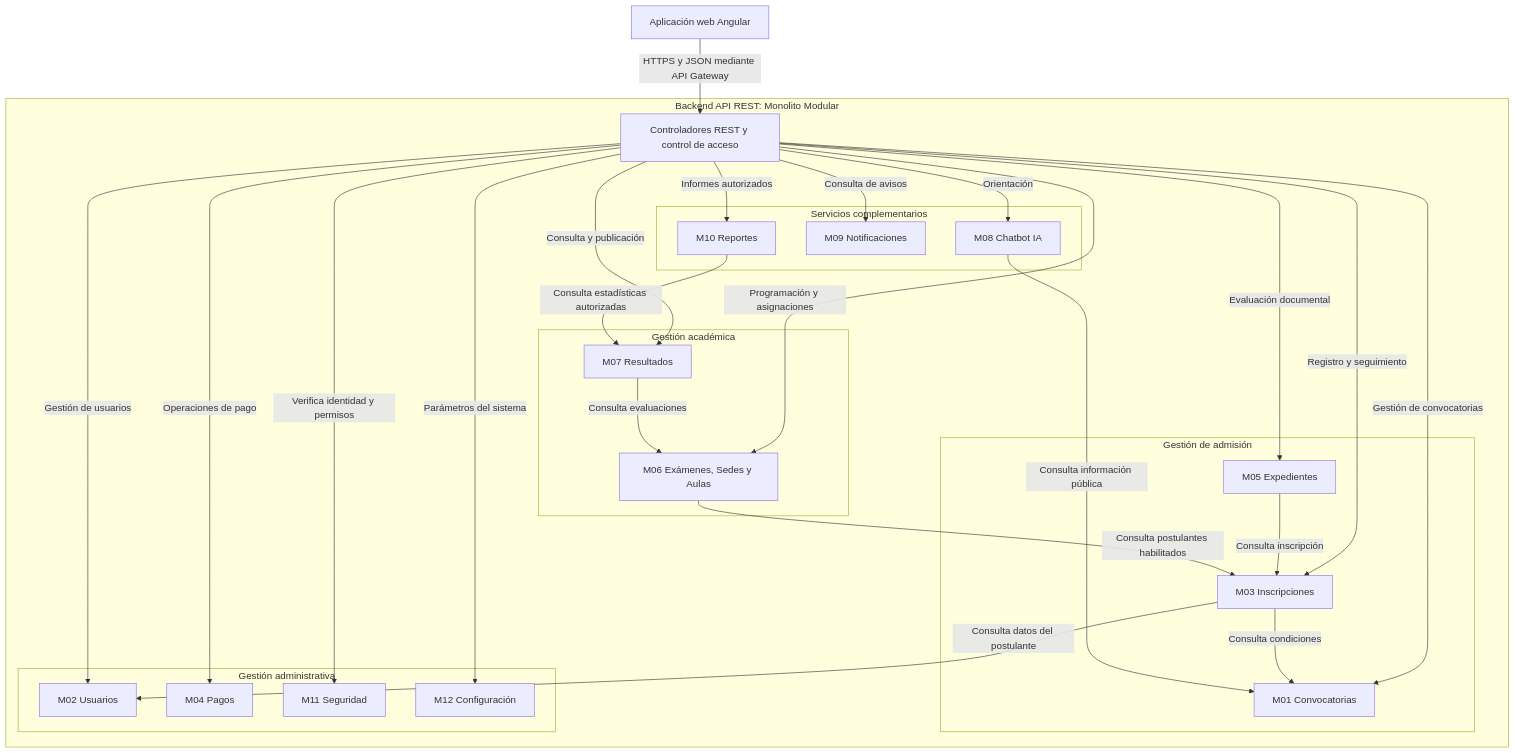
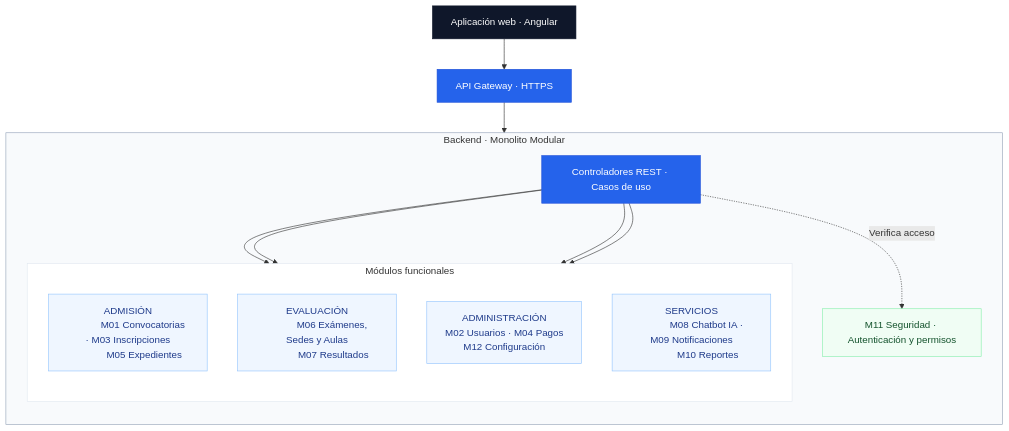
The first of 2 diagrams in docs/04-modelo-c4/Nivel3-Diagrama-de-Componentes.md (DiegoCoras06/ENTREGABLE-01-PROPUESTA-INICIAL-DEL-PROYECTO), drawn with Mermaid before and after one commit. The commit also changed other lines of this file and 4 other files, not shown here.

````diff
--- a/docs/04-modelo-c4/Nivel3-Diagrama-de-Componentes.md
+++ b/docs/04-modelo-c4/Nivel3-Diagrama-de-Componentes.md
@@ -28,55 +30,52 @@
 ```mermaid
 flowchart TB
-    WEB["Aplicación web Angular"]
+    WEB["Aplicación web · Angular"]
+    API["API Gateway · HTTPS"]
 
-    subgraph BACKEND["Backend API REST: Monolito Modular"]
-        HTTP["Controladores REST y control de acceso"]
+    subgraph BACKEND["Backend · Monolito Modular"]
+        direction TB
+        REST["Controladores REST · Casos de uso"]
 
-        subgraph ADMISION["Gestión de admisión"]
-            M01["M01 Convocatorias"]
-            M03["M03 Inscripciones"]
-            M05["M05 Expedientes"]
+        subgraph FUNCIONALES["Módulos funcionales"]
+            direction TB
+            ADM["ADMISIÓN
+            M01 Convocatorias · M03 Inscripciones
+            M05 Expedientes"]
+
+            ACA["EVALUACIÓN
+            M06 Exámenes, Sedes y Aulas
+            M07 Resultados"]
+
+            GES["ADMINISTRACIÓN
+            M02 Usuarios · M04 Pagos
+            M12 Configuración"]
+
+            SER["SERVICIOS
+            M08 Chatbot IA · M09 Notificaciones
+            M10 Reportes"]
         end
 
-        subgraph ACADEMICA["Gestión académica"]
-            M06["M06 Exámenes, Sedes y Aulas"]
-            M07["M07 Resultados"]
-        end
+        SEG["M11 Seguridad · Autenticación y permisos"]
 
-        subgraph ADMINISTRATIVA["Gestión administrativa"]
-            M02["M02 Usuarios"]
-            M04["M04 Pagos"]
-            M11["M11 Seguridad"]
-            M12["M12 Configuración"]
-        end
-
-        subgraph COMPLEMENTARIOS["Servicios complementarios"]
-            M08["M08 Chatbot IA"]
-            M09["M09 Notificaciones"]
-            M10["M10 Reportes"]
-        end
-
-        HTTP -->|"Verifica identidad y permisos"| M11
-        HTTP -->|"Registro y seguimiento"| M03
-        HTTP -->|"Operaciones de pago"| M04
-        HTTP -->|"Programación y asignaciones"| M06
-        HTTP -->|"Consulta y publicación"| M07
-        HTTP -->|"Orientación"| M08
-        HTTP -->|"Gestión de convocatorias"| M01
-        HTTP -->|"Evaluación documental"| M05
-        HTTP -->|"Gestión de usuarios"| M02
-        HTTP -->|"Consulta de avisos"| M09
-        HTTP -->|"Informes autorizados"| M10
-        HTTP -->|"Parámetros del sistema"| M12
-
-        M03 -->|"Consulta condiciones"| M01
-        M03 -->|"Consulta datos del postulante"| M02
-        M05 -->|"Consulta inscripción"| M03
-        M06 -->|"Consulta postulantes habilitados"| M03
-        M07 -->|"Consulta evaluaciones"| M06
-        M08 -->|"Consulta información pública"| M01
-        M10 -->|"Consulta estadísticas autorizadas"| M07
+        REST --> ADM
+        REST --> ACA
+        REST --> GES
+        REST --> SER
+        REST -.->|"Verifica acceso"| SEG
     end
 
-    WEB -->|"HTTPS y JSON mediante API Gateway"| HTTP
+    WEB --> API --> REST
+
+    classDef entrada fill:#0f172a,color:#ffffff,stroke:#0f172a
+    classDef acceso fill:#2563eb,color:#ffffff,stroke:#1d4ed8
+    classDef modulo fill:#eff6ff,color:#1e3a8a,stroke:#93c5fd
+    classDef seguridad fill:#f0fdf4,color:#14532d,stroke:#86efac
+
+    class WEB entrada
+    class API,REST acceso
+    class ADM,ACA,GES,SER modulo
+    class SEG seguridad
+
+    style BACKEND fill:#f8fafc,stroke:#94a3b8
+    style FUNCIONALES fill:#ffffff,stroke:#e2e8f0
 ```
````
